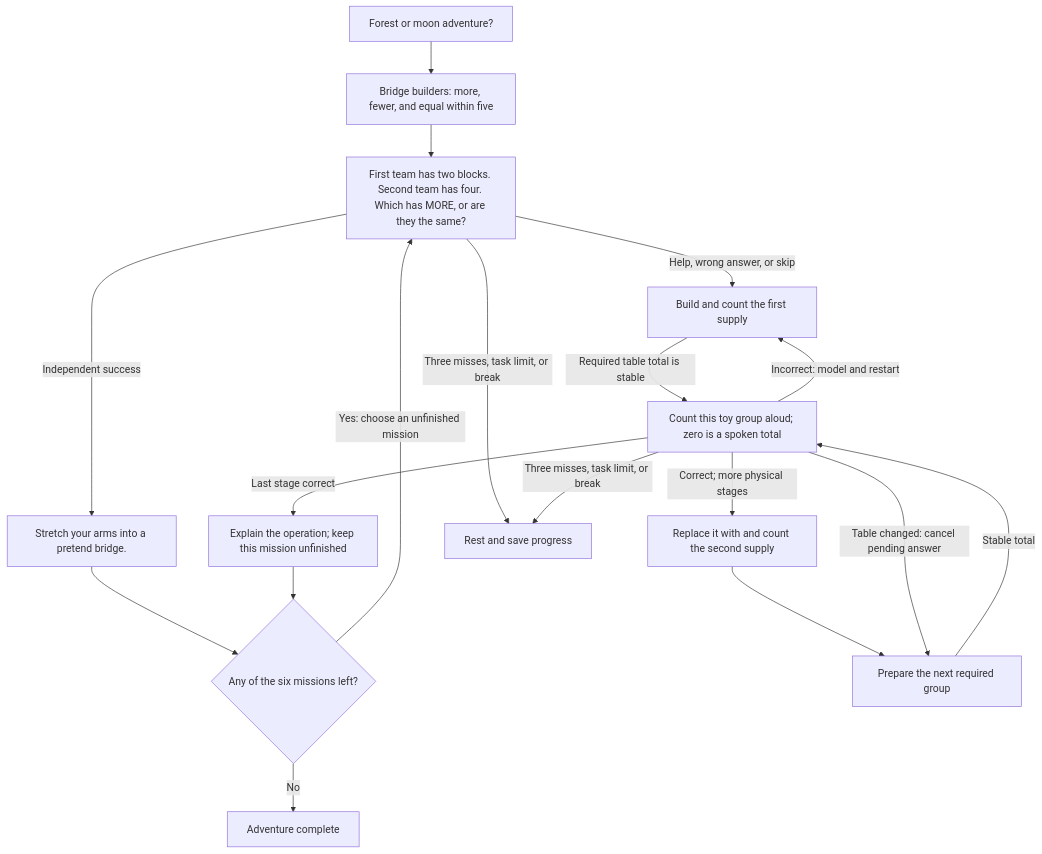
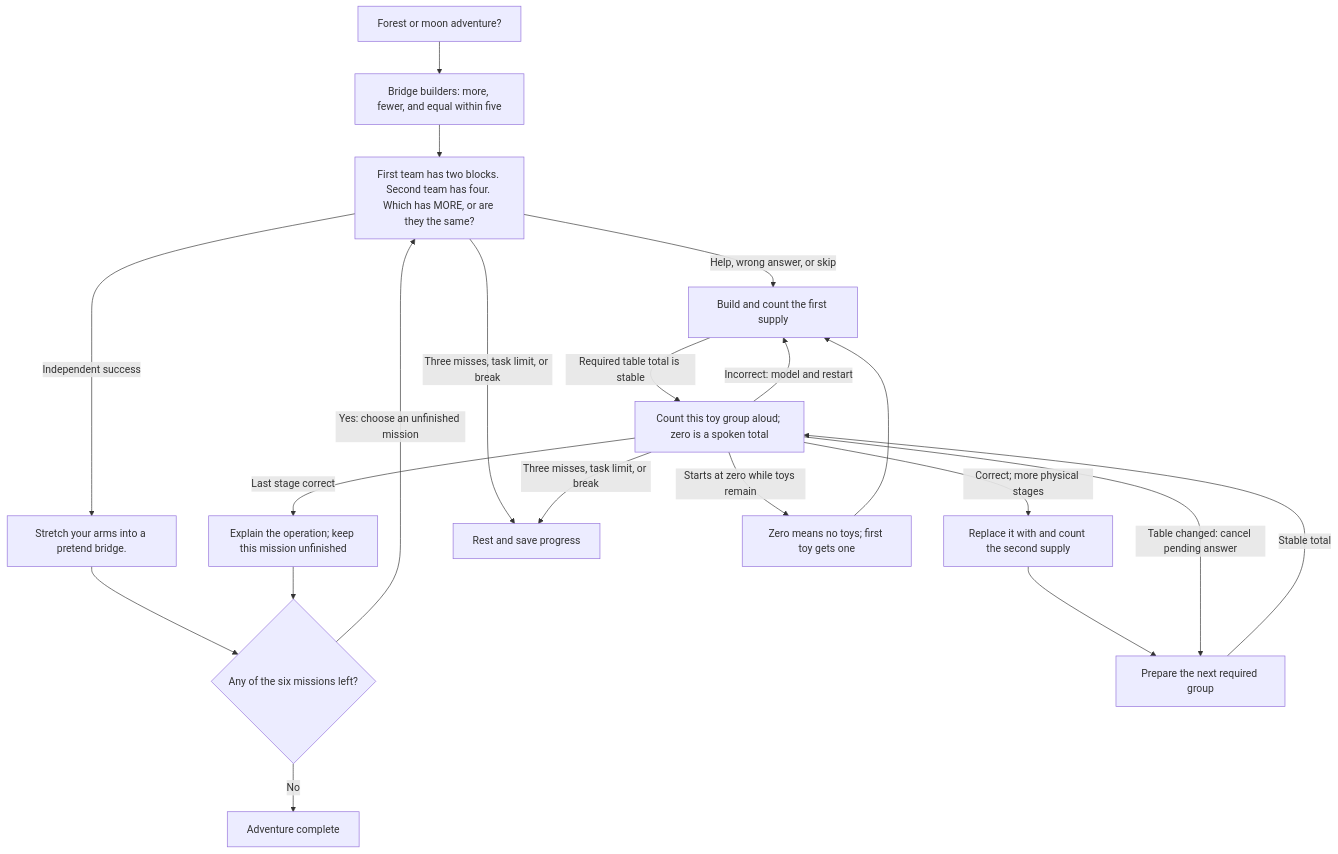
The diagram in docs/wiki/Lesson-4-Bridge-builders.md (sealsbroken/unmath), drawn with Mermaid before and after one commit. The commit also changed other lines of this file and 24 other files, not shown here.

````diff
--- a/docs/wiki/Lesson-4-Bridge-builders.md
+++ b/docs/wiki/Lesson-4-Bridge-builders.md
@@ -12,20 +12,22 @@
 ```mermaid
 flowchart TD
     Choose["Forest or moon adventure?"] --> Intro["Bridge builders: more, fewer, and equal within five"]
     Intro --> Q["First team has two blocks. Second team has four. Which has MORE, or are they the same?"]
     Q -->|"Independent success"| Reward["Stretch your arms into a pretend bridge."]
     Reward --> Left{"Any of the six missions left?"}
     Left -->|"Yes: choose an unfinished mission"| Q
     Left -->|"No"| Done["Adventure complete"]
     Q -->|"Help, wrong answer, or skip"| Setup["Build and count the first supply"]
     Setup -->|"Required table total is stable"| Guided["Count this toy group aloud; zero is a spoken total"]
     Guided -->|"Correct; more physical stages"| Next["Replace it with and count the second supply"]
     Next --> SetupStage["Prepare the next required group"]
     SetupStage -->|"Stable total"| Guided
     Guided -->|"Last stage correct"| Explain["Explain the operation; keep this mission unfinished"]
     Explain --> Left
     Guided -->|"Incorrect: model and restart"| Setup
     Guided -->|"Table changed: cancel pending answer"| SetupStage
     Q -->|"Three misses, task limit, or break"| Rest["Rest and save progress"]
     Guided -->|"Three misses, task limit, or break"| Rest
+    Guided -->|"Starts at zero while toys remain"| Zero["Zero means no toys; first toy gets one"]
+    Zero --> Setup
 ```
````
